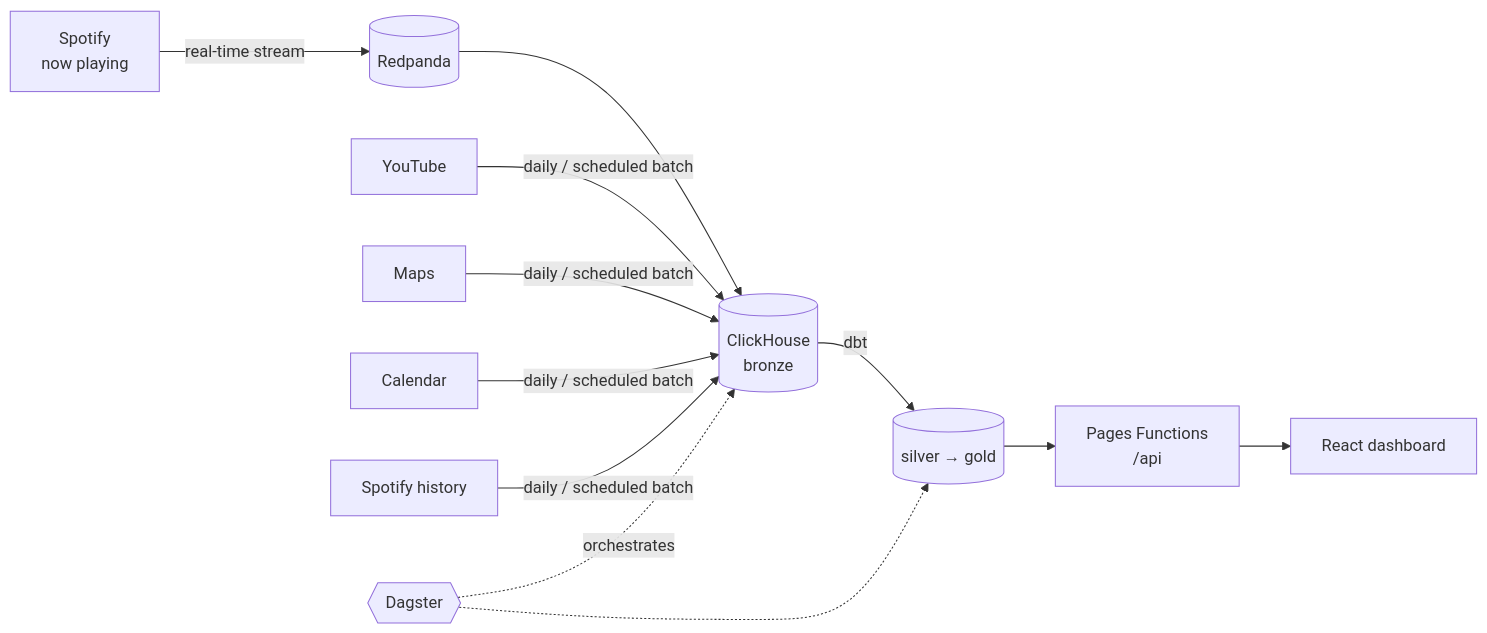
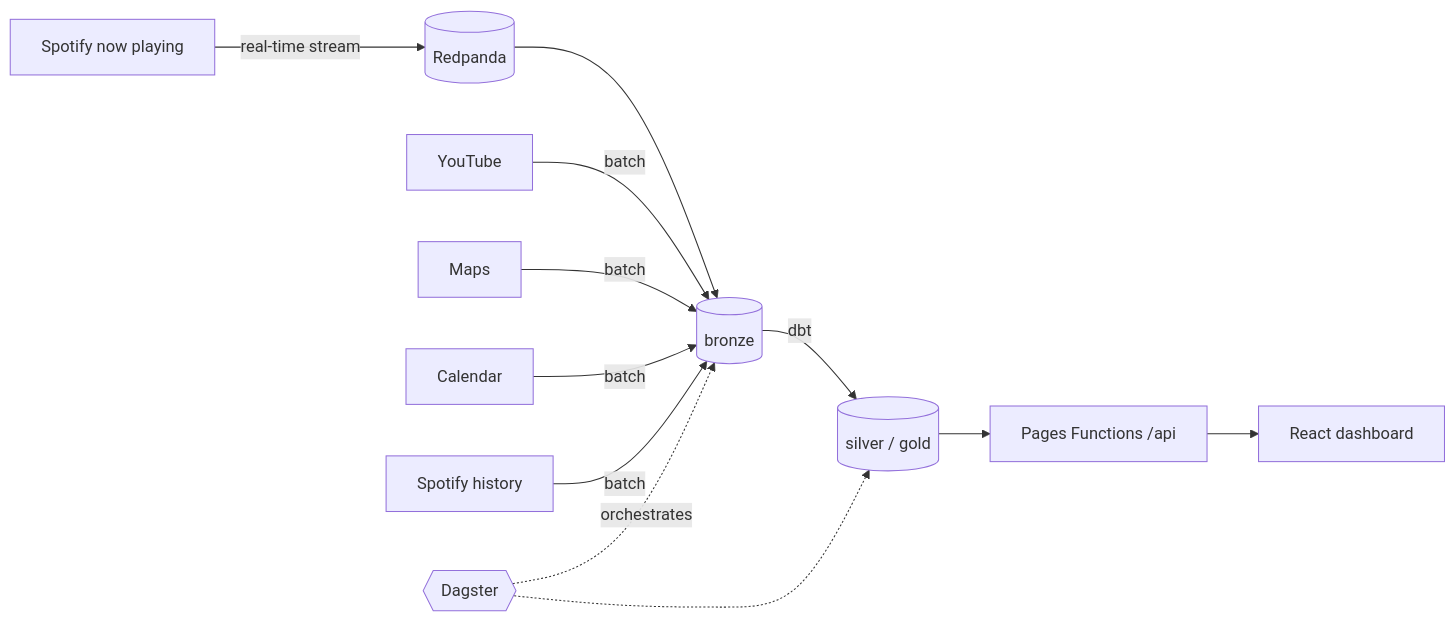
One commit to LucaLiverani/mylife-in-data changed the diagram in README.md. Above: the diagram before and after it, drawn with Mermaid.

Commit message:
fix(docs): make README architecture diagram render on GitHub
Drop <br/> tags, a raw unicode arrow, and the multi-node & fan-in
syntax from the mermaid block, all of which crash GitHub's mermaid
renderer even though the diagram parses fine in mermaid.js itself.

````diff
--- a/README.md
+++ b/README.md
@@ -62,11 +62,14 @@
 ```mermaid
 flowchart LR
-    S[Spotify<br/>now playing] -->|real-time stream| RP[(Redpanda)]
-    RP --> BR[(ClickHouse<br/>bronze)]
-    Y[YouTube] & M[Maps] & C[Calendar] & SH[Spotify history] -->|daily / scheduled batch| BR
-    BR -->|dbt| GOLD[(silver → gold)]
-    GOLD --> FN[Pages Functions<br/>/api]
+    S[Spotify now playing] -->|real-time stream| RP[(Redpanda)]
+    RP --> BR[(bronze)]
+    Y[YouTube] -->|batch| BR
+    M[Maps] -->|batch| BR
+    C[Calendar] -->|batch| BR
+    SH[Spotify history] -->|batch| BR
+    BR -->|dbt| GOLD[(silver / gold)]
+    GOLD --> FN[Pages Functions /api]
     FN --> UI[React dashboard]
-    DAG{{Dagster}} -. orchestrates .-> BR
+    DAG{{Dagster}} -.orchestrates.-> BR
     DAG -.-> GOLD
 ```
````
